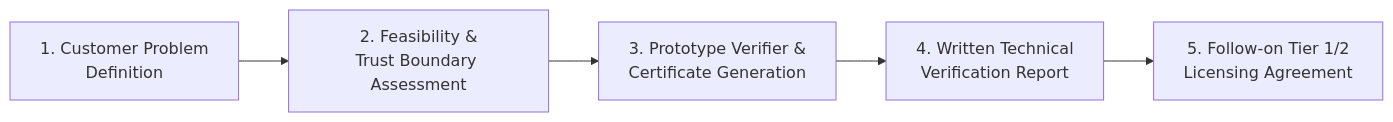
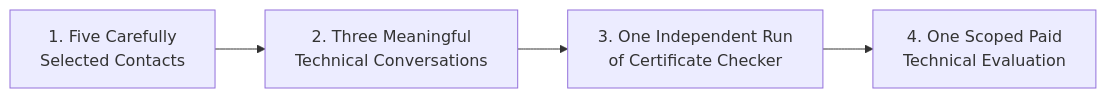
One commit to ezzasdf/erdos-problem-engine changed the diagram in PROSPECTS.md. Above: the diagram before and after it, drawn with Mermaid. The commit also changed other lines of this file and 8 other files, not shown here.

````diff
--- a/PROSPECTS.md
+++ b/PROSPECTS.md
@@ -58,7 +58,6 @@
 ```mermaid
 flowchart LR
-    A["1. Customer Problem\nDefinition"] --> B["2. Feasibility &\nTrust Boundary Assessment"]
-    B --> C["3. Prototype Verifier &\nCertificate Generation"]
-    C --> D["4. Written Technical\nVerification Report"]
-    D --> E["5. Follow-on Tier 1/2\nLicensing Agreement"]
+    M1["1. Five Carefully\nSelected Contacts"] --> M2["2. Three Meaningful\nTechnical Conversations"]
+    M2 --> M3["3. One Independent Run\nof Certificate Checker"]
+    M3 --> M4["4. One Scoped Paid\nTechnical Evaluation"]
 ```
````
